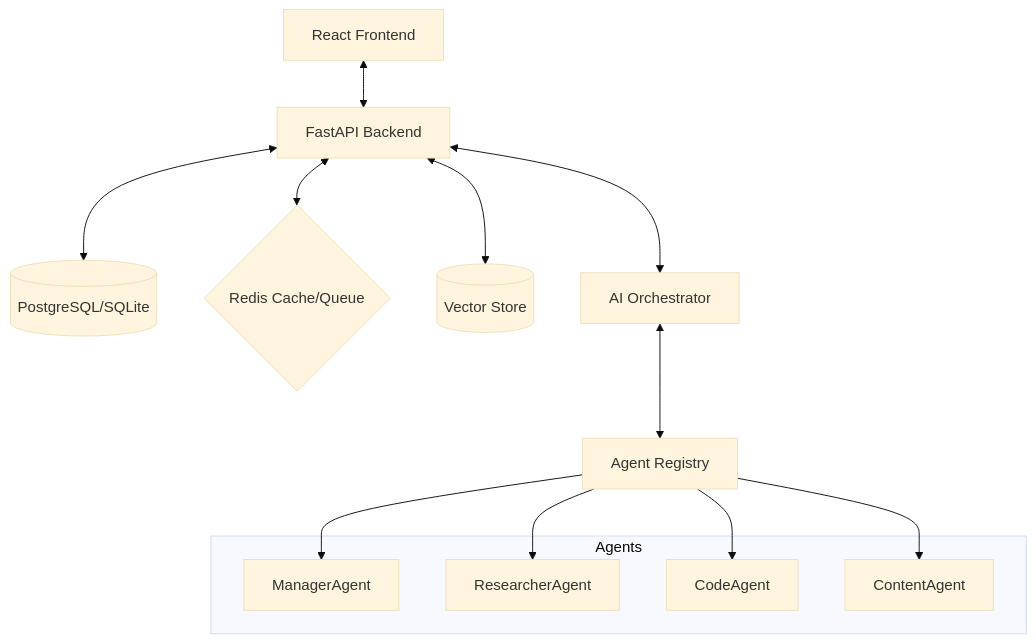
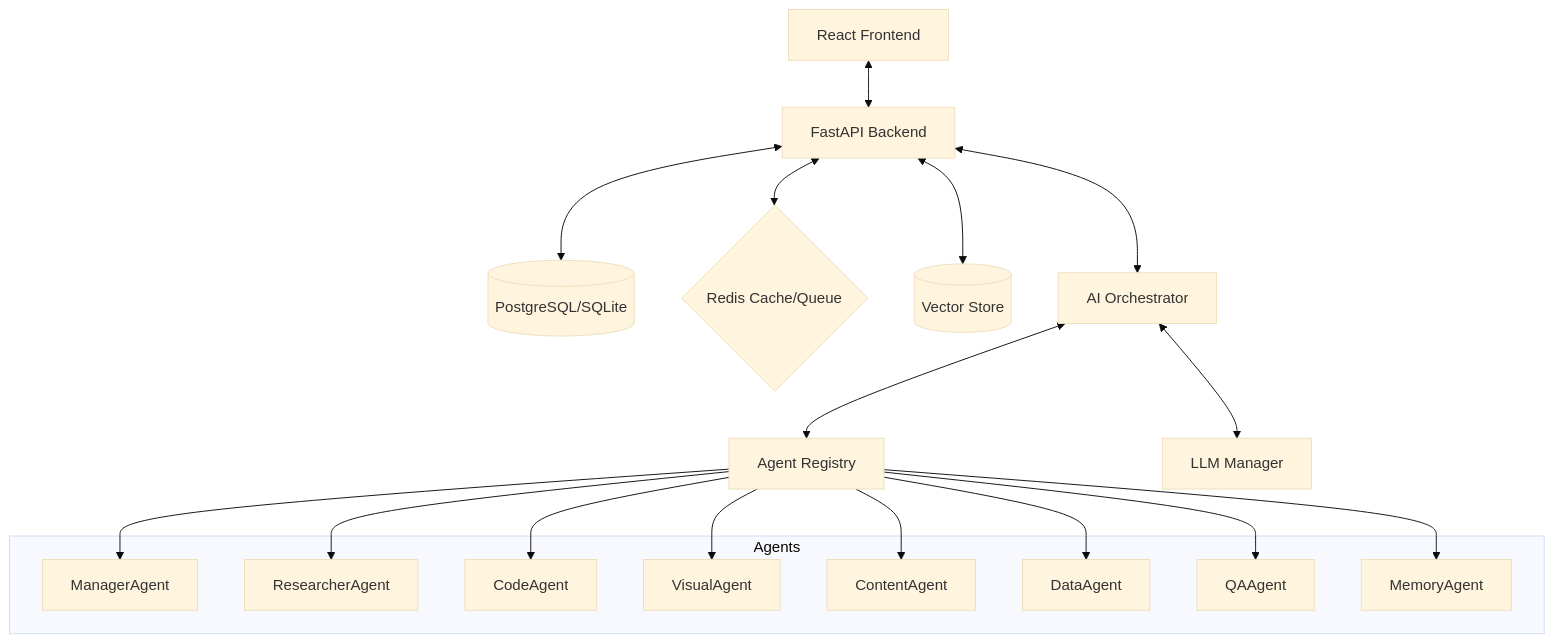
The first of 2 diagrams in docs/ARCHITECTURE.md (madhurtyagii/Nexus-Ai), drawn with Mermaid (base theme) before and after one commit. The commit also changed other lines of this file and 6 other files, not shown here.

Commit message:
docs: Comprehensive documentation update (8 agents, VisualAgent chat mode, LLMManager, Groq support, and architecture diagrams)

````diff
--- a/docs/ARCHITECTURE.md
+++ b/docs/ARCHITECTURE.md
@@ -7,22 +7,31 @@
 ```mermaid
 graph TD
     Client[React Frontend] <--> API[FastAPI Backend]
     API <--> DB[(PostgreSQL/SQLite)]
     API <--> Redis{Redis Cache/Queue}
     API <--> Vector[(Vector Store)]
     
     API <--> Orchestrator[AI Orchestrator]
     Orchestrator <--> AgentRegistry[Agent Registry]
+    Orchestrator <--> LLMManager[LLM Manager]
     
     subgraph Agents
         Manager[ManagerAgent]
         Researcher[ResearcherAgent]
         Coder[CodeAgent]
+        Visual[VisualAgent]
         Content[ContentAgent]
+        Data[DataAgent]
+        QA[QAAgent]
+        Memory[MemoryAgent]
     end
     
     AgentRegistry --> Manager
     AgentRegistry --> Researcher
     AgentRegistry --> Coder
+    AgentRegistry --> Visual
     AgentRegistry --> Content
+    AgentRegistry --> Data
+    AgentRegistry --> QA
+    AgentRegistry --> Memory
 ```
````
